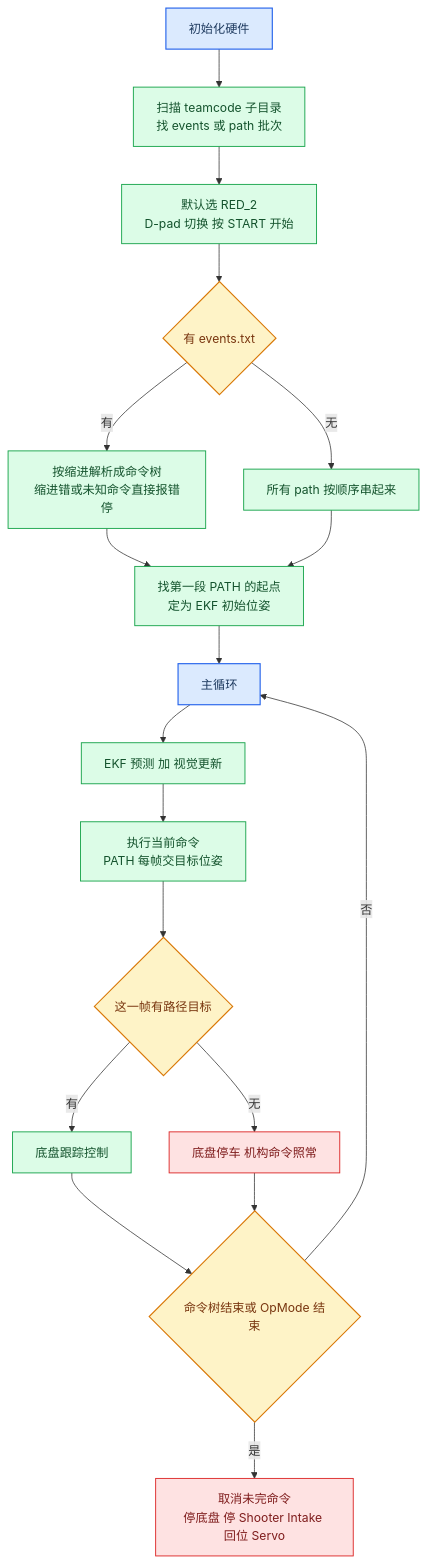
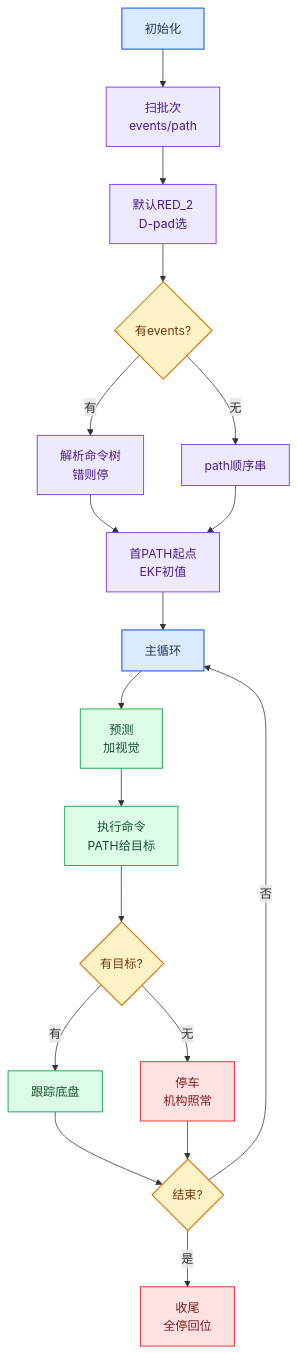
One commit to Maxxj333/KeystoneFTC-code changed the fourth of 5 diagrams in README.md. Above: the diagram before and after it, drawn with Mermaid. The commit also changed other lines of this file, not shown here.

Commit message:
Tighten Mermaid labels, add semantic colors and vertical lists for narrow screens

````diff
--- a/README.md
+++ b/README.md
@@ -137,28 +157,30 @@
 ```mermaid
 flowchart TD
-    A["初始化硬件"] --> B["扫描 teamcode 子目录<br/>找 events 或 path 批次"]
-    B --> C["默认选 RED_2<br/>D-pad 切换 按 START 开始"]
-    C --> D{"有 events.txt"}
-    D -->|"有"| E["按缩进解析成命令树<br/>缩进错或未知命令直接报错停"]
-    D -->|"无"| F["所有 path 按顺序串起来"]
-    E --> G["找第一段 PATH 的起点<br/>定为 EKF 初始位姿"]
+    A["初始化"] --> B["扫批次<br/>events/path"]
+    B --> C["默认RED_2<br/>D-pad选"]
+    C --> D{"有events?"}
+    D -->|"有"| E["解析命令树<br/>错则停"]
+    D -->|"无"| F["path顺序串"]
+    E --> G["首PATH起点<br/>EKF初值"]
     F --> G
     G --> H["主循环"]
-    H --> I["EKF 预测 加 视觉更新"]
-    I --> J["执行当前命令<br/>PATH 每帧交目标位姿"]
-    J --> K{"这一帧有路径目标"}
-    K -->|"有"| L["底盘跟踪控制"]
-    K -->|"无"| M["底盘停车 机构命令照常"]
-    L --> N{"命令树结束或 OpMode 结束"}
+    H --> I["预测<br/>加视觉"]
+    I --> J["执行命令<br/>PATH给目标"]
+    J --> K{"有目标?"}
+    K -->|"有"| L["跟踪底盘"]
+    K -->|"无"| M["停车<br/>机构照常"]
+    L --> N{"结束?"}
     M --> N
     N -->|"否"| H
-    N -->|"是"| O["取消未完命令<br/>停底盘 停 Shooter Intake 回位 Servo"]
-    classDef start fill:#dbeafe,stroke:#2563eb,stroke-width:1.5px,color:#1e3a5f
-    classDef decision fill:#fef3c7,stroke:#d97706,stroke-width:1.5px,color:#78350f
-    classDef process fill:#dcfce7,stroke:#16a34a,stroke-width:1.2px,color:#14532d
-    classDef stop fill:#fee2e2,stroke:#dc2626,stroke-width:1.2px,color:#7f1d1d
-    class A,H start
-    class D,K,N decision
-    class B,C,E,F,G,I,J,L process
-    class M,O stop
+    N -->|"是"| O["收尾<br/>全停回位"]
+    classDef blue fill:#DBEAFE,stroke:#2563EB,stroke-width:1.5px,color:#1E3A5F
+    classDef yellow fill:#FEF3C7,stroke:#D97706,stroke-width:1.5px,color:#78350F
+    classDef green fill:#DCFCE7,stroke:#16A34A,stroke-width:1.2px,color:#14532D
+    classDef purple fill:#EDE9FE,stroke:#7C3AED,stroke-width:1.2px,color:#4C1D95
+    classDef red fill:#FEE2E2,stroke:#DC2626,stroke-width:1.2px,color:#7F1D1D
+    class A,H blue
+    class D,K,N yellow
+    class B,C,E,F,G purple
+    class I,J,L green
+    class M,O red
 ```
````
